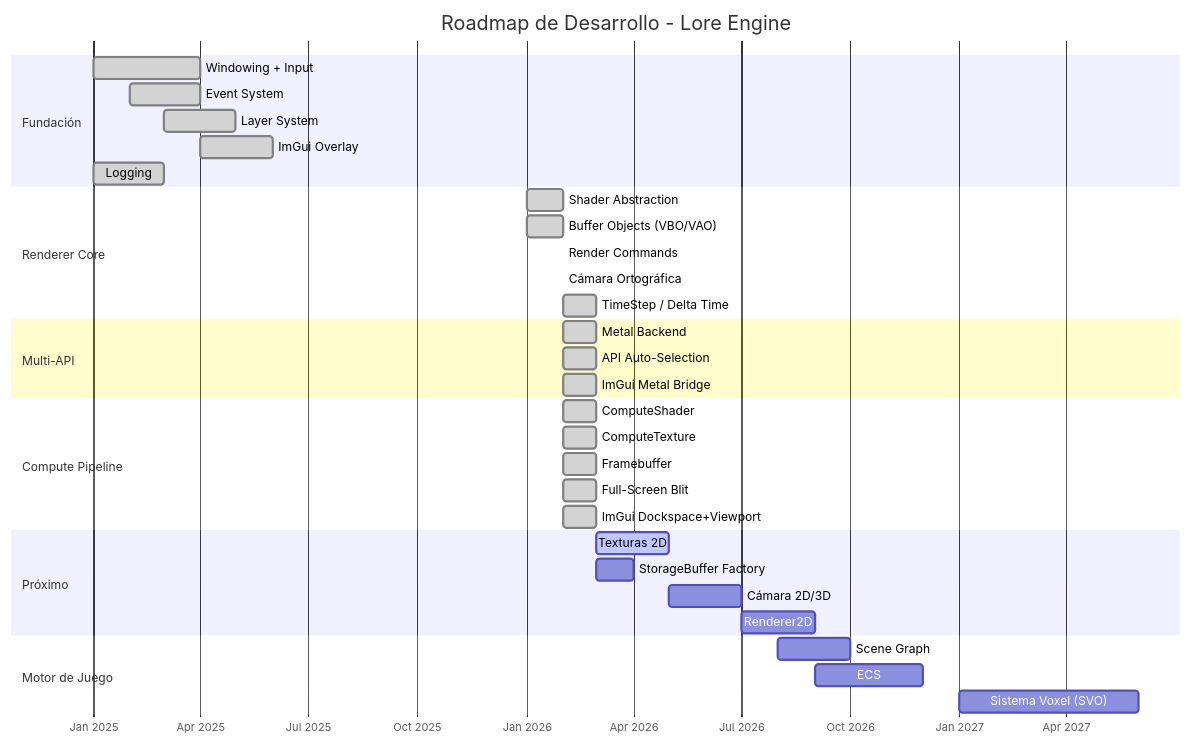
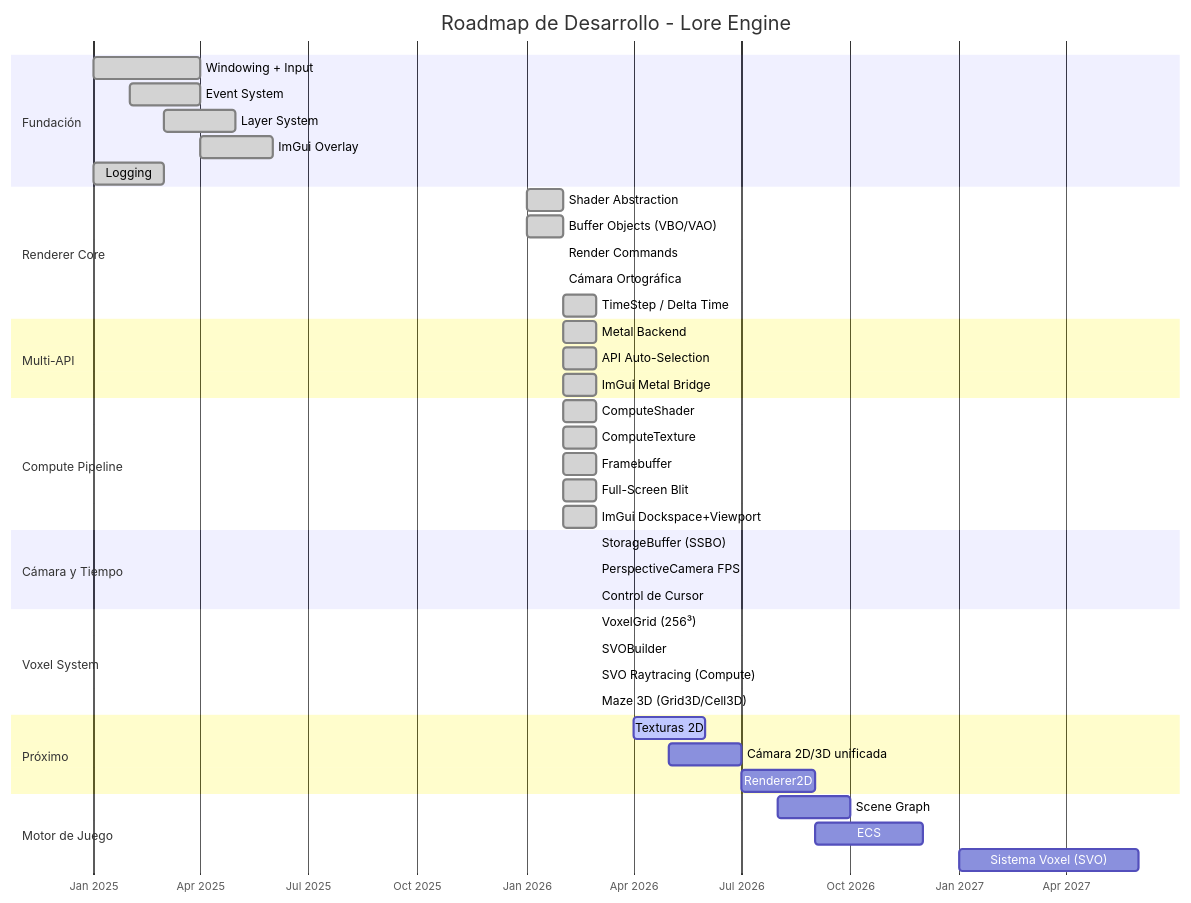
The seventh of 7 diagrams in README.md (Tanque40/Lore), drawn with Mermaid before and after one commit. The commit also changed other lines of this file, not shown here.

Commit message:
Update README.md: Enhance engine description, add details on PerspectiveCamera and Grid3D, and clarify maze generation algorithms. Include new SVO module structure and class descriptions.

````diff
--- a/README.md
+++ b/README.md
@@ -885,43 +1032,53 @@
 ```mermaid
 gantt
     title Roadmap de Desarrollo - Lore Engine
     dateFormat YYYY-MM
     axisFormat %b %Y
 
     section Fundación
     Windowing + Input         :done, 2025-01, 2025-04
     Event System              :done, 2025-02, 2025-04
     Layer System              :done, 2025-03, 2025-05
     ImGui Overlay             :done, 2025-04, 2025-06
     Logging                   :done, 2025-01, 2025-03
 
     section Renderer Core
     Shader Abstraction        :done, 2026-01, 2026-02
     Buffer Objects (VBO/VAO)  :done, 2026-01, 2026-02
     Render Commands           :done, 2026-02, 2026-02
     Cámara Ortográfica        :done, 2026-02, 2026-02
     TimeStep / Delta Time     :done, 2026-02, 2026-03
 
     section Multi-API
     Metal Backend             :done, 2026-02, 2026-03
     API Auto-Selection        :done, 2026-02, 2026-03
     ImGui Metal Bridge        :done, 2026-02, 2026-03
 
     section Compute Pipeline
     ComputeShader             :done, 2026-02, 2026-03
     ComputeTexture            :done, 2026-02, 2026-03
     Framebuffer               :done, 2026-02, 2026-03
     Full-Screen Blit          :done, 2026-02, 2026-03
     ImGui Dockspace+Viewport  :done, 2026-02, 2026-03
 
+    section Cámara y Tiempo
+    StorageBuffer (SSBO)      :done, 2026-03, 2026-03
+    PerspectiveCamera FPS     :done, 2026-03, 2026-03
+    Control de Cursor          :done, 2026-03, 2026-03
+
+    section Voxel System
+    VoxelGrid (256³)          :done, 2026-03, 2026-03
+    SVOBuilder                :done, 2026-03, 2026-03
+    SVO Raytracing (Compute)  :done, 2026-03, 2026-03
+    Maze 3D (Grid3D/Cell3D)   :done, 2026-03, 2026-03
+
     section Próximo
-    Texturas 2D               :active, 2026-03, 2026-05
-    StorageBuffer Factory     : 2026-03, 2026-04
-    Cámara 2D/3D              : 2026-05, 2026-07
+    Texturas 2D               :active, 2026-04, 2026-06
+    Cámara 2D/3D unificada    : 2026-05, 2026-07
     Renderer2D                : 2026-07, 2026-09
 
     section Motor de Juego
     Scene Graph               : 2026-08, 2026-10
     ECS                       : 2026-09, 2026-12
     Sistema Voxel (SVO)       : 2027-01, 2027-06
 ```
````
